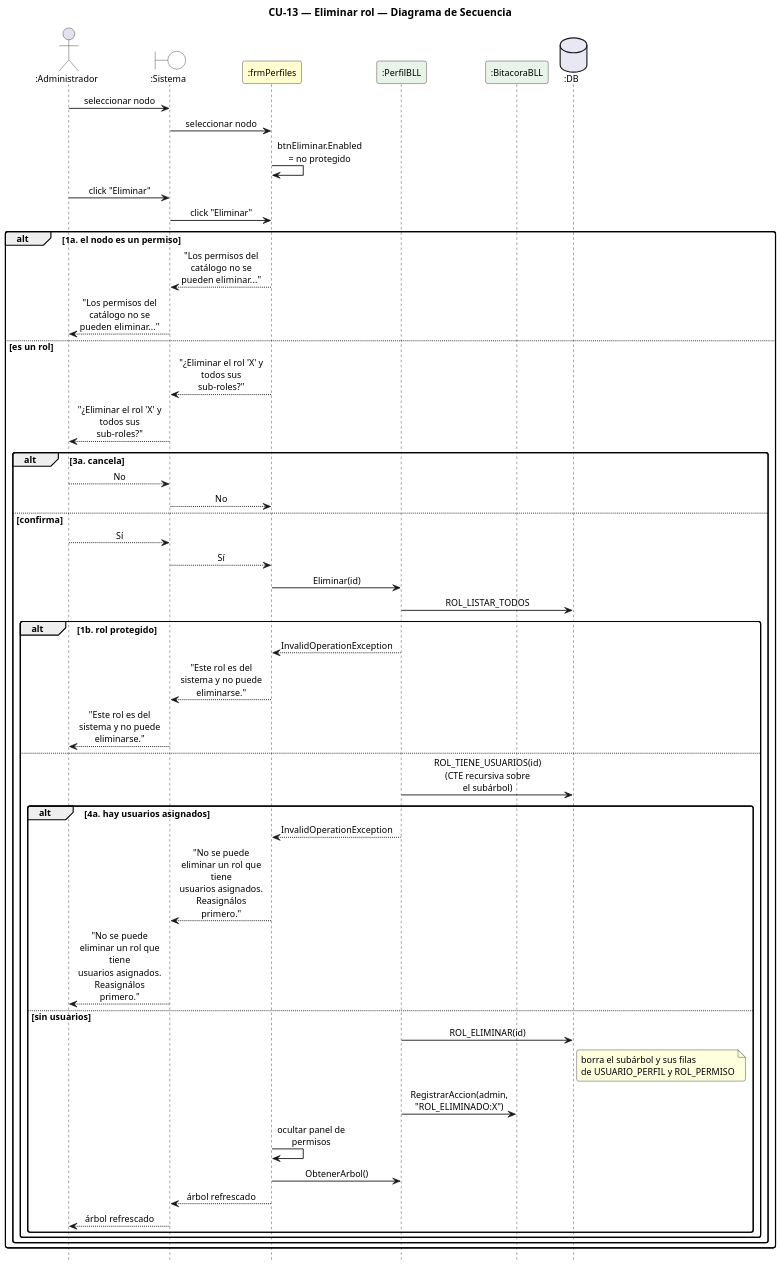
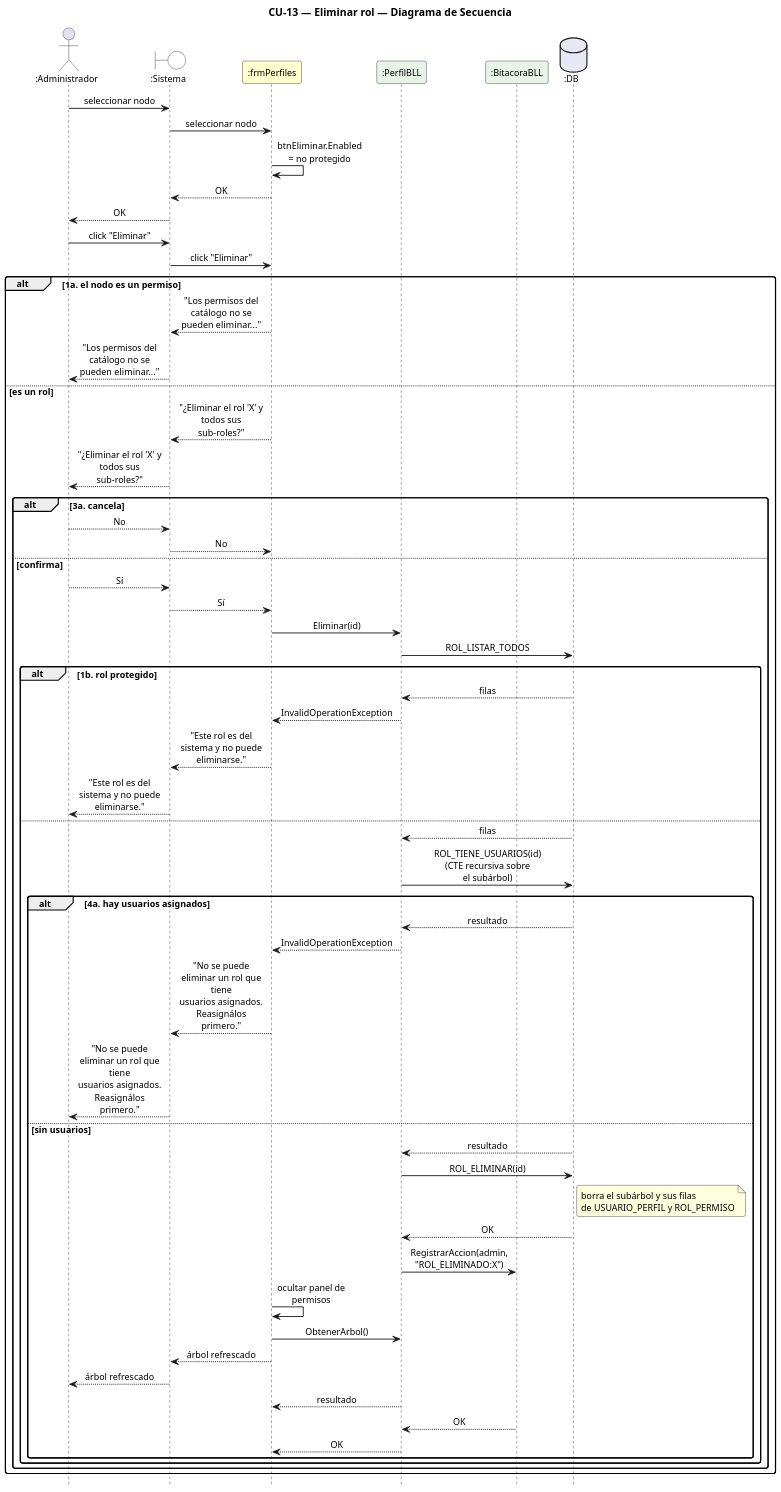
The diagram in DIAGRAMAS/DiagramaSecuencia_CU13_EliminarRol.puml (Urrels/ingenieria_software), drawn with PlantUML before and after one commit. The commit also changed 104 other files, not shown here.

First line of the commit message:
Instalador en un clic, retornos en los diagramas y CU separados en alta/baja/modificación

```diff
--- a/DIAGRAMAS/DiagramaSecuencia_CU13_EliminarRol.puml
+++ b/DIAGRAMAS/DiagramaSecuencia_CU13_EliminarRol.puml
@@ -1,65 +1,75 @@
 @startuml DiagramaSecuencia_CU13_EliminarRol
 
 title CU-13 — Eliminar rol — Diagrama de Secuencia
 
 skinparam shadowing false
 skinparam roundcorner 6
 skinparam sequenceArrowThickness 1.2
 skinparam ParticipantPadding 6
 skinparam BoxPadding 4
 skinparam maxMessageSize 115
 skinparam sequenceMessageAlign center
 skinparam defaultFontSize 12
 skinparam dpi 140
 hide footbox
 
 actor ":Administrador" as A
 boundary ":Sistema" as SYS #FFFFFF
 participant ":frmPerfiles" as F #FEFECE
 participant ":PerfilBLL" as PB #E8F4E8
 participant ":BitacoraBLL" as BB #E8F4E8
 database ":DB" as DB #E8E8F4
 
 A -> SYS : seleccionar nodo
 SYS -> F : seleccionar nodo
 F -> F : btnEliminar.Enabled = no protegido
+F --> SYS : OK
+SYS --> A : OK
 A -> SYS : click "Eliminar"
 SYS -> F : click "Eliminar"
 alt 1a. el nodo es un permiso
   F --> SYS : "Los permisos del catálogo no se pueden eliminar..."
   SYS --> A : "Los permisos del catálogo no se pueden eliminar..."
 else es un rol
   F --> SYS : "¿Eliminar el rol 'X' y todos sus sub-roles?"
   SYS --> A : "¿Eliminar el rol 'X' y todos sus sub-roles?"
   alt 3a. cancela
     A --> SYS : No
     SYS --> F : No
   else confirma
     A --> SYS : Sí
     SYS --> F : Sí
     F -> PB : Eliminar(id)
     PB -> DB : ROL_LISTAR_TODOS
     alt 1b. rol protegido
+      DB --> PB : filas
       PB --> F : InvalidOperationException
       F --> SYS : "Este rol es del sistema y no puede eliminarse."
       SYS --> A : "Este rol es del sistema y no puede eliminarse."
     else
+      DB --> PB : filas
       PB -> DB : ROL_TIENE_USUARIOS(id)\n(CTE recursiva sobre el subárbol)
       alt 4a. hay usuarios asignados
+        DB --> PB : resultado
         PB --> F : InvalidOperationException
         F --> SYS : "No se puede eliminar un rol que tiene\nusuarios asignados. Reasignálos primero."
         SYS --> A : "No se puede eliminar un rol que tiene\nusuarios asignados. Reasignálos primero."
       else sin usuarios
+        DB --> PB : resultado
         PB -> DB : ROL_ELIMINAR(id)
         note right of DB : borra el subárbol y sus filas\nde USUARIO_PERFIL y ROL_PERMISO
+        DB --> PB : OK
         PB -> BB : RegistrarAccion(admin, "ROL_ELIMINADO:X")
         F -> F : ocultar panel de permisos
         F -> PB : ObtenerArbol()
         F --> SYS : árbol refrescado
         SYS --> A : árbol refrescado
+        PB --> F : resultado
+        BB --> PB : OK
+        PB --> F : OK
       end
     end
   end
 end
 
 @enduml
```
